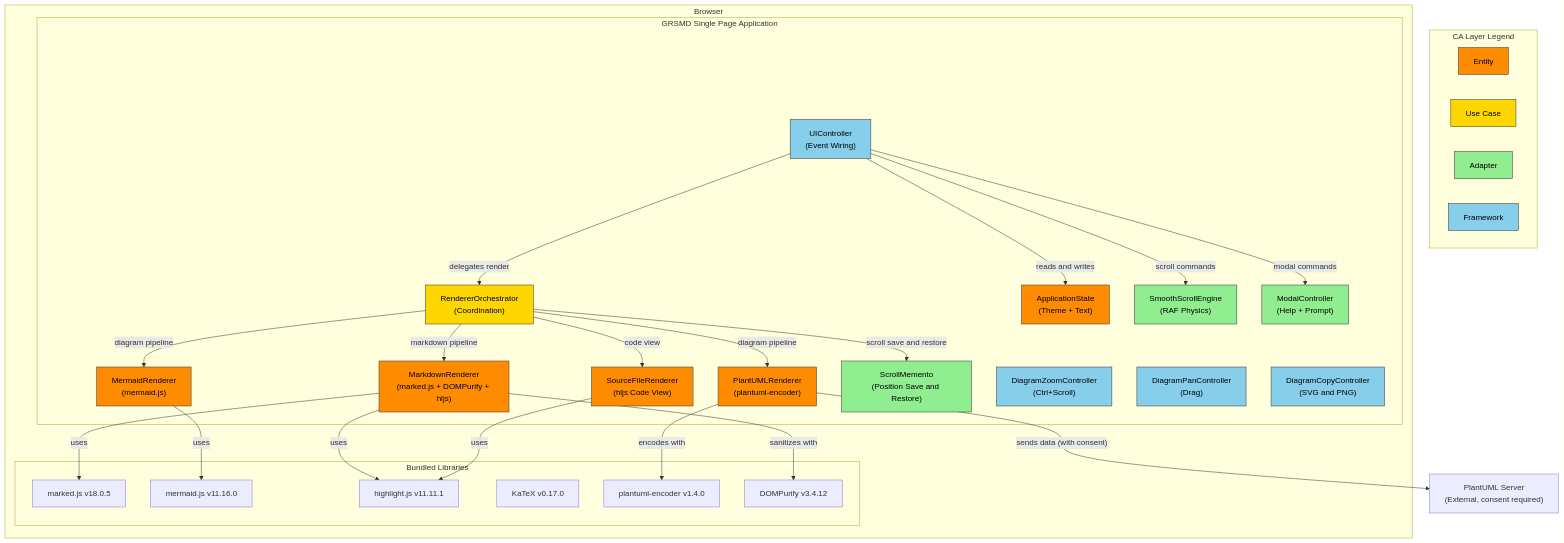
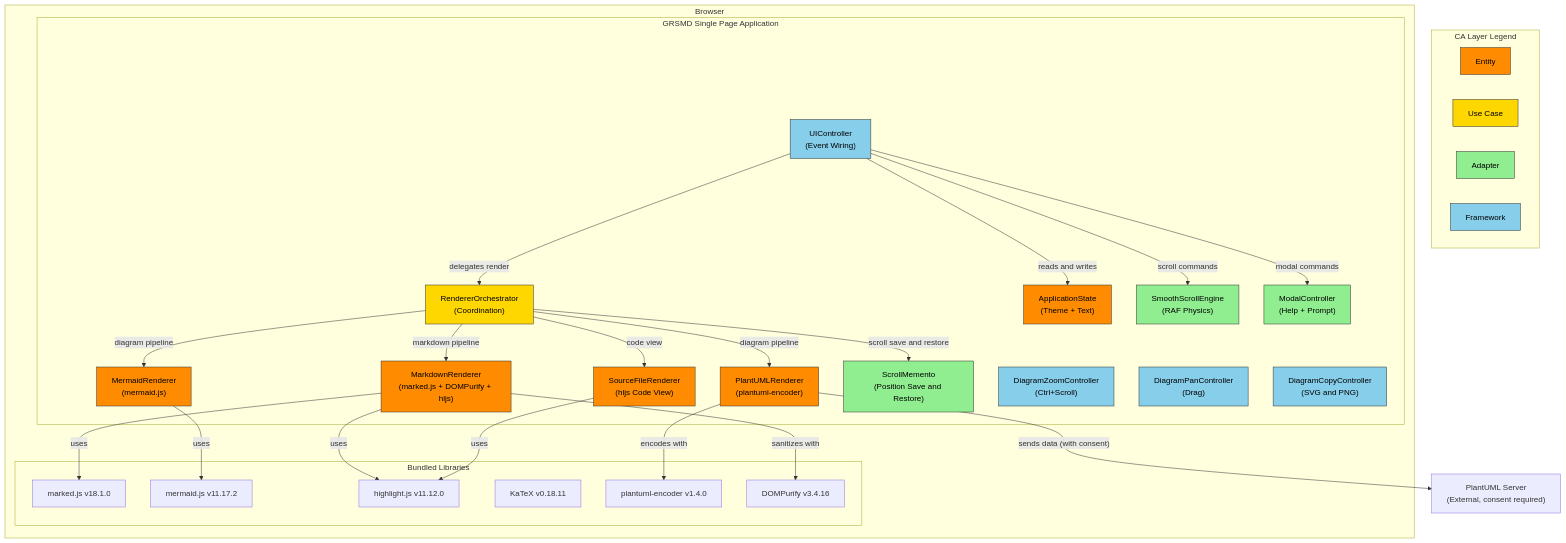
The first of 10 diagrams in spec/grsmd_gen2_spec_ja.md (GoodRelax/gr-simple-md-renderer), drawn with Mermaid before and after one commit. The commit also changed other lines of this file and 3 other files, not shown here.

````diff
--- a/spec/grsmd_gen2_spec_ja.md
+++ b/spec/grsmd_gen2_spec_ja.md
@@ -301,59 +303,59 @@
 ```mermaid
 graph TB
     subgraph Legend["CA Layer Legend"]
         direction LR
         L_E["Entity"]:::entity
         L_U["Use Case"]:::usecase
         L_A["Adapter"]:::adapter
         L_F["Framework"]:::framework
     end
 
     subgraph Browser
         subgraph GRSMD_SPA["GRSMD Single Page Application"]
             UI["UIController<br/>(Event Wiring)"]:::framework
             ORCH["RendererOrchestrator<br/>(Coordination)"]:::usecase
             STATE["ApplicationState<br/>(Theme + Text)"]:::entity
             MD["MarkdownRenderer<br/>(marked.js + DOMPurify + hljs)"]:::entity
             MERM["MermaidRenderer<br/>(mermaid.js)"]:::entity
             PUML["PlantUMLRenderer<br/>(plantuml-encoder)"]:::entity
             SRC["SourceFileRenderer<br/>(hljs Code View)"]:::entity
             SCROLL["SmoothScrollEngine<br/>(RAF Physics)"]:::adapter
             SMGR["ScrollMemento<br/>(Position Save and Restore)"]:::adapter
             MODAL["ModalController<br/>(Help + Prompt)"]:::adapter
             ZOOM["DiagramZoomController<br/>(Ctrl+Scroll)"]:::framework
             PAN["DiagramPanController<br/>(Drag)"]:::framework
             COPY["DiagramCopyController<br/>(SVG and PNG)"]:::framework
         end
         subgraph CDN_Libs["Bundled Libraries"]
-            MARKED["marked.js v18.0.5"]
-            MERMAIDJS["mermaid.js v11.16.0"]
-            HLJS["highlight.js v11.11.1"]
-            KATEX["KaTeX v0.17.0"]
+            MARKED["marked.js v18.1.0"]
+            MERMAIDJS["mermaid.js v11.17.2"]
+            HLJS["highlight.js v11.12.0"]
+            KATEX["KaTeX v0.18.11"]
             PUMLENC["plantuml-encoder v1.4.0"]
-            PURIFY["DOMPurify v3.4.12"]
+            PURIFY["DOMPurify v3.4.16"]
         end
     end
     PUML_SERVER["PlantUML Server<br/>(External, consent required)"]
 
     UI -->|"delegates render"| ORCH
     UI -->|"reads and writes"| STATE
     UI -->|"scroll commands"| SCROLL
     UI -->|"modal commands"| MODAL
     ORCH -->|"markdown pipeline"| MD
     ORCH -->|"diagram pipeline"| MERM
     ORCH -->|"diagram pipeline"| PUML
     ORCH -->|"code view"| SRC
     ORCH -->|"scroll save and restore"| SMGR
     MD -->|"uses"| MARKED
     MD -->|"sanitizes with"| PURIFY
     MD -->|"uses"| HLJS
     MERM -->|"uses"| MERMAIDJS
     SRC -->|"uses"| HLJS
     PUML -->|"encodes with"| PUMLENC
     PUML -->|"sends data (with consent)"| PUML_SERVER
 
     classDef entity fill:#FF8C00,stroke:#333,color:#000
     classDef usecase fill:#FFD700,stroke:#333,color:#000
     classDef adapter fill:#90EE90,stroke:#333,color:#000
     classDef framework fill:#87CEEB,stroke:#333,color:#000
 ```
````
